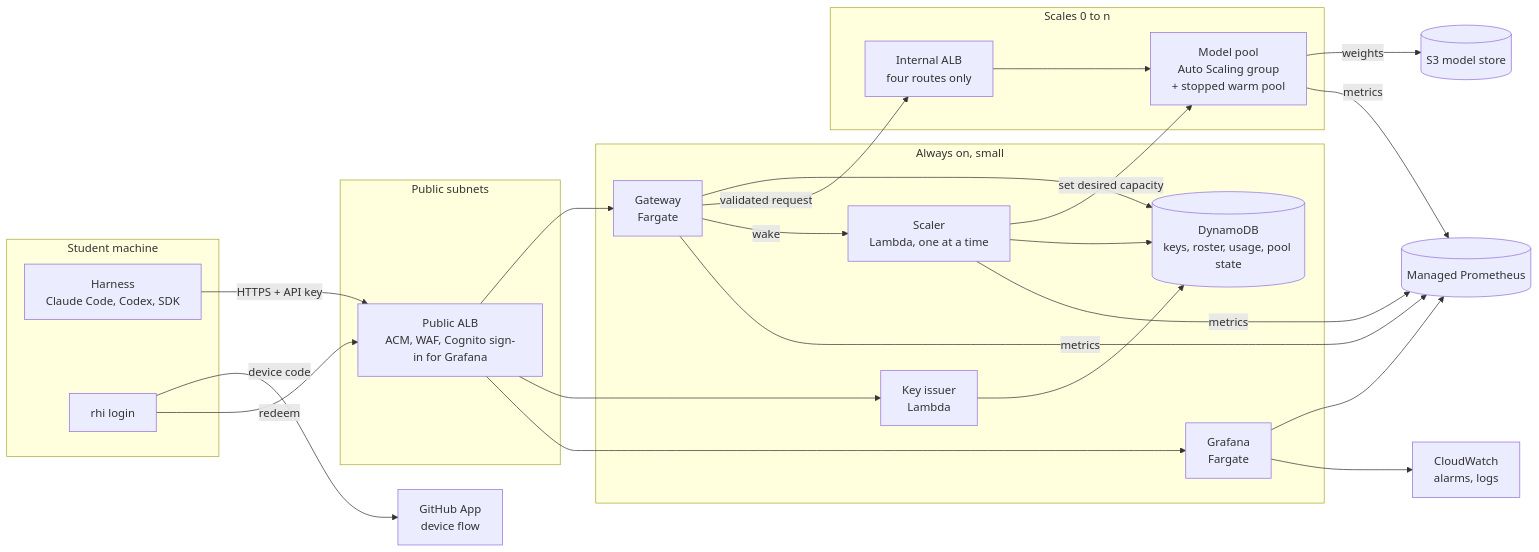
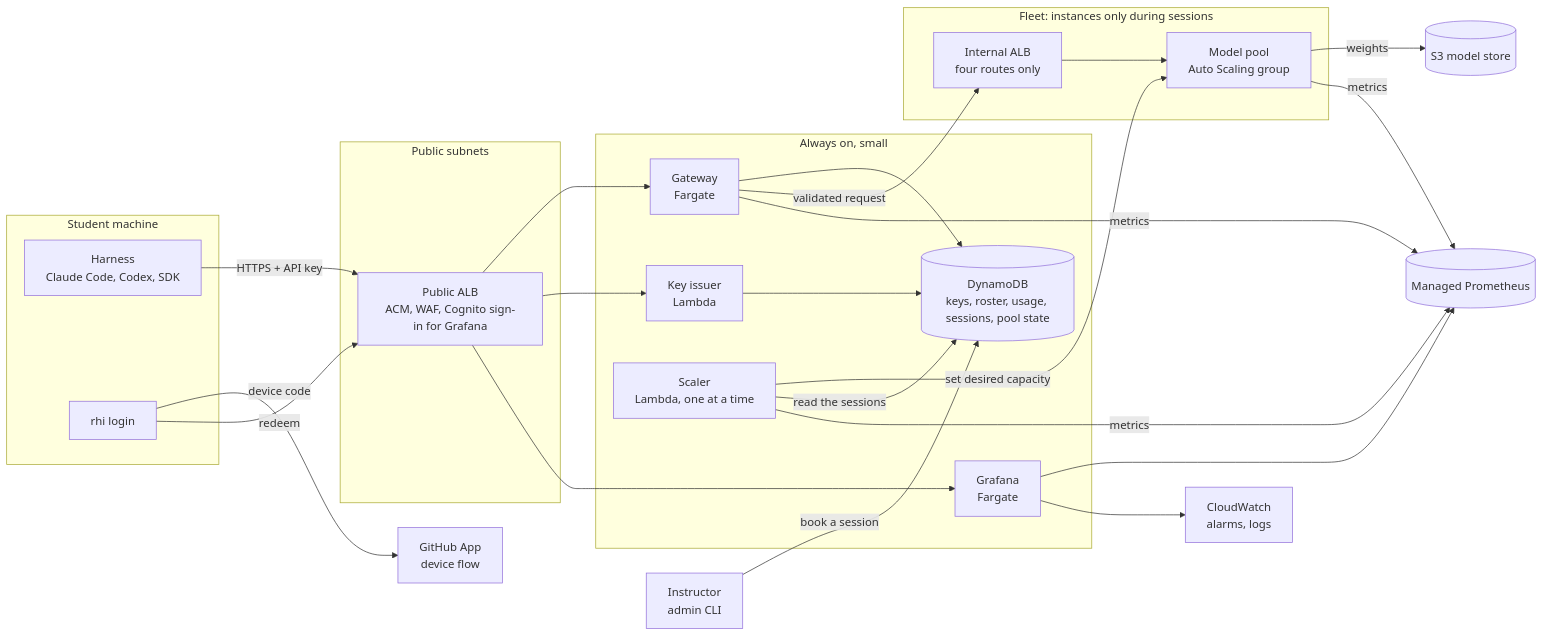
The first of 3 diagrams in docs/design/system-design.md (GuilhemBusset/research-harness-inference), drawn with Mermaid before and after one commit. The commit also changed other lines of this file and 1 other file, not shown here.

Commit message:
System design: the instructor books each session, and nothing scales by load

````diff
--- a/docs/design/system-design.md
+++ b/docs/design/system-design.md
@@ -76,44 +76,45 @@
 ```mermaid
 flowchart LR
   subgraph student[Student machine]
     H[Harness<br/>Claude Code, Codex, SDK]
     L[rhi login]
   end
+  ADM[Instructor<br/>admin CLI]
   GH[GitHub App<br/>device flow]
   subgraph edge[Public subnets]
     ALB[Public ALB<br/>ACM, WAF, Cognito sign-in for Grafana]
   end
   subgraph ctrl[Always on, small]
     GW[Gateway<br/>Fargate]
     ISS[Key issuer<br/>Lambda]
     SC[Scaler<br/>Lambda, one at a time]
     GRAF[Grafana<br/>Fargate]
-    DDB[(DynamoDB<br/>keys, roster, usage, pool state)]
+    DDB[(DynamoDB<br/>keys, roster, usage, sessions, pool state)]
   end
-  subgraph fleet[Scales 0 to n]
+  subgraph fleet[Fleet: instances only during sessions]
     IALB[Internal ALB<br/>four routes only]
-    ASG[Model pool<br/>Auto Scaling group<br/>+ stopped warm pool]
+    ASG[Model pool<br/>Auto Scaling group]
   end
   S3[(S3 model store)]
   AMP[(Managed Prometheus)]
   CW[CloudWatch<br/>alarms, logs]
 
   L -- device code --> GH
   L -- redeem --> ALB
   H -- HTTPS + API key --> ALB
+  ADM -- book a session --> DDB
   ALB --> GW
   ALB --> ISS
   ALB --> GRAF
   ISS --> DDB
   GW --> DDB
   GW -- validated request --> IALB --> ASG
-  GW -- wake --> SC
   SC -- set desired capacity --> ASG
-  SC --> DDB
+  SC -- read the sessions --> DDB
   ASG -- weights --> S3
   ASG -- metrics --> AMP
   GW -- metrics --> AMP
   SC -- metrics --> AMP
   GRAF --> AMP
   GRAF --> CW
 ```
````
